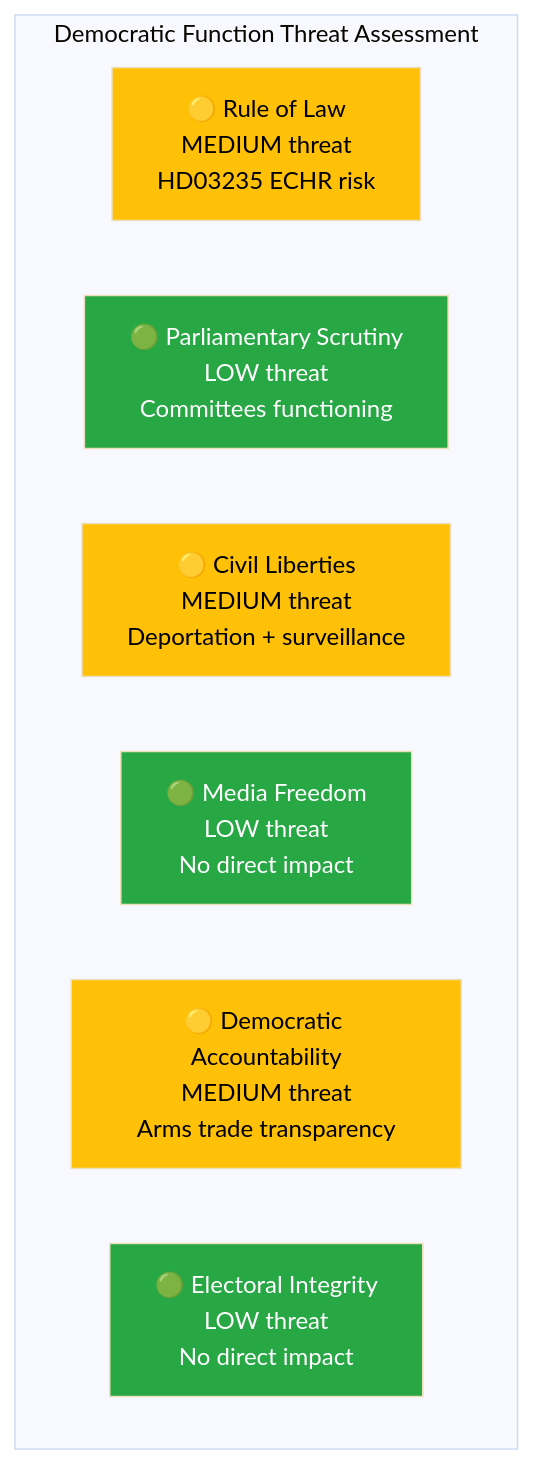
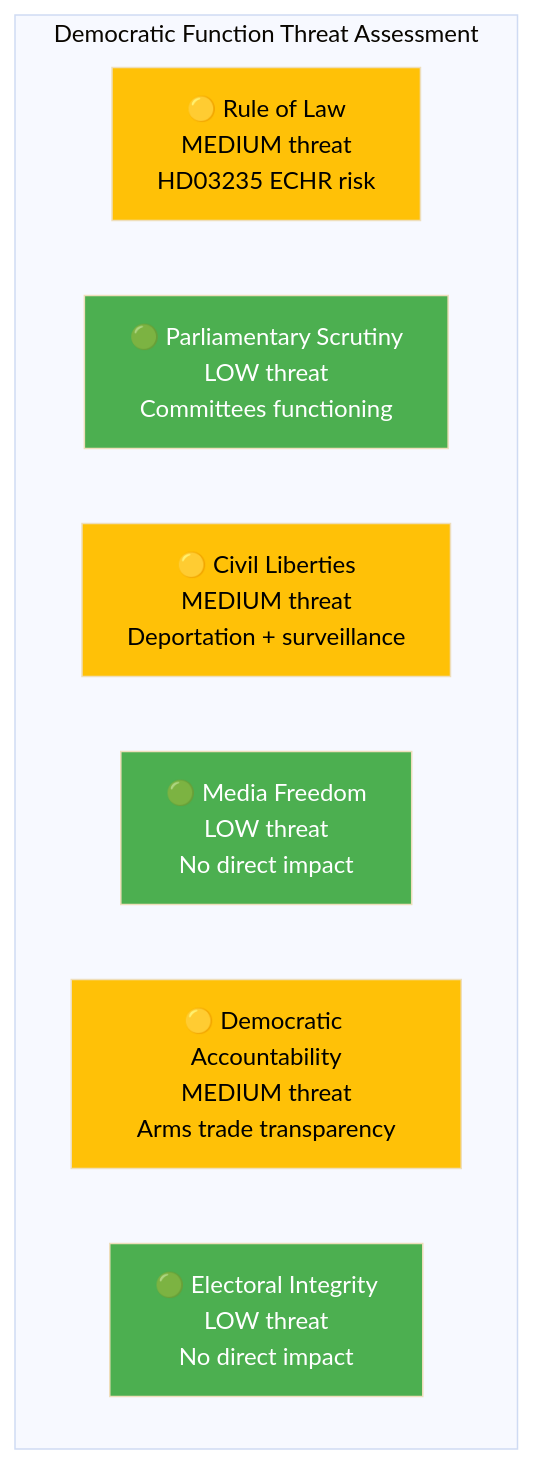
One commit to Hack23/riksdagsmonitor changed the diagram in analysis/daily/2026-04-10/propositions/threat-analysis.md. Above: the diagram before and after it, drawn with Mermaid (base theme). The commit also changed 785 other files, not shown here.

First line of the commit message:
Normalize mermaid colors across 786 analysis artifacts to ISMS Style Guide palette

````diff
--- a/analysis/daily/2026-04-10/propositions/threat-analysis.md
+++ b/analysis/daily/2026-04-10/propositions/threat-analysis.md
@@ -16,17 +16,17 @@
 ```mermaid
 graph TD
     subgraph "Democratic Function Threat Assessment"
         TH1["🟡 Rule of Law<br/>MEDIUM threat<br/>HD03235 ECHR risk"]
         TH2["🟢 Parliamentary Scrutiny<br/>LOW threat<br/>Committees functioning"]
         TH3["🟡 Civil Liberties<br/>MEDIUM threat<br/>Deportation + surveillance"]
         TH4["🟢 Media Freedom<br/>LOW threat<br/>No direct impact"]
         TH5["🟡 Democratic Accountability<br/>MEDIUM threat<br/>Arms trade transparency"]
         TH6["🟢 Electoral Integrity<br/>LOW threat<br/>No direct impact"]
     end
-    style TH1 fill:#ffc107,color:#000
-    style TH2 fill:#28a745,color:#fff
-    style TH3 fill:#ffc107,color:#000
-    style TH4 fill:#28a745,color:#fff
-    style TH5 fill:#ffc107,color:#000
-    style TH6 fill:#28a745,color:#fff
+    style TH1 fill:#FFC107,color:#000000
+    style TH2 fill:#4CAF50,color:#FFFFFF
+    style TH3 fill:#FFC107,color:#000000
+    style TH4 fill:#4CAF50,color:#FFFFFF
+    style TH5 fill:#FFC107,color:#000000
+    style TH6 fill:#4CAF50,color:#FFFFFF
 ```
````
